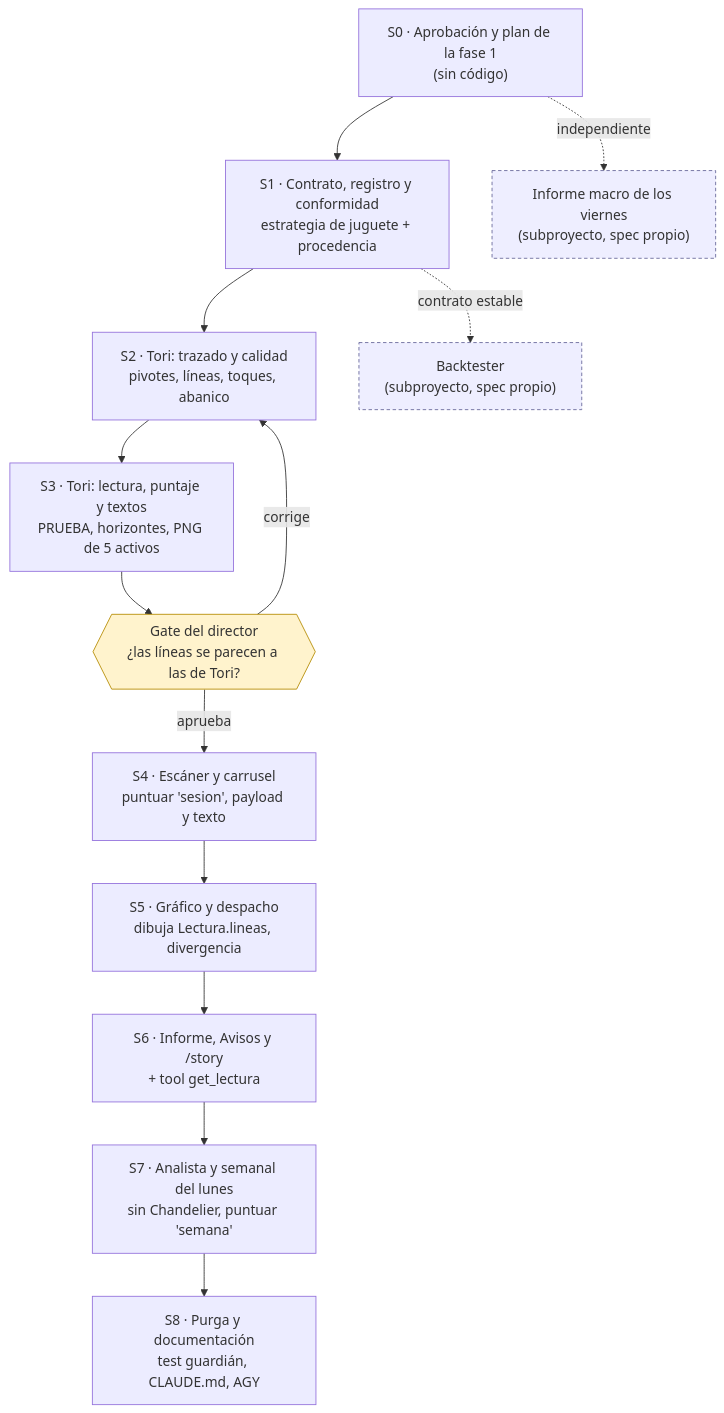
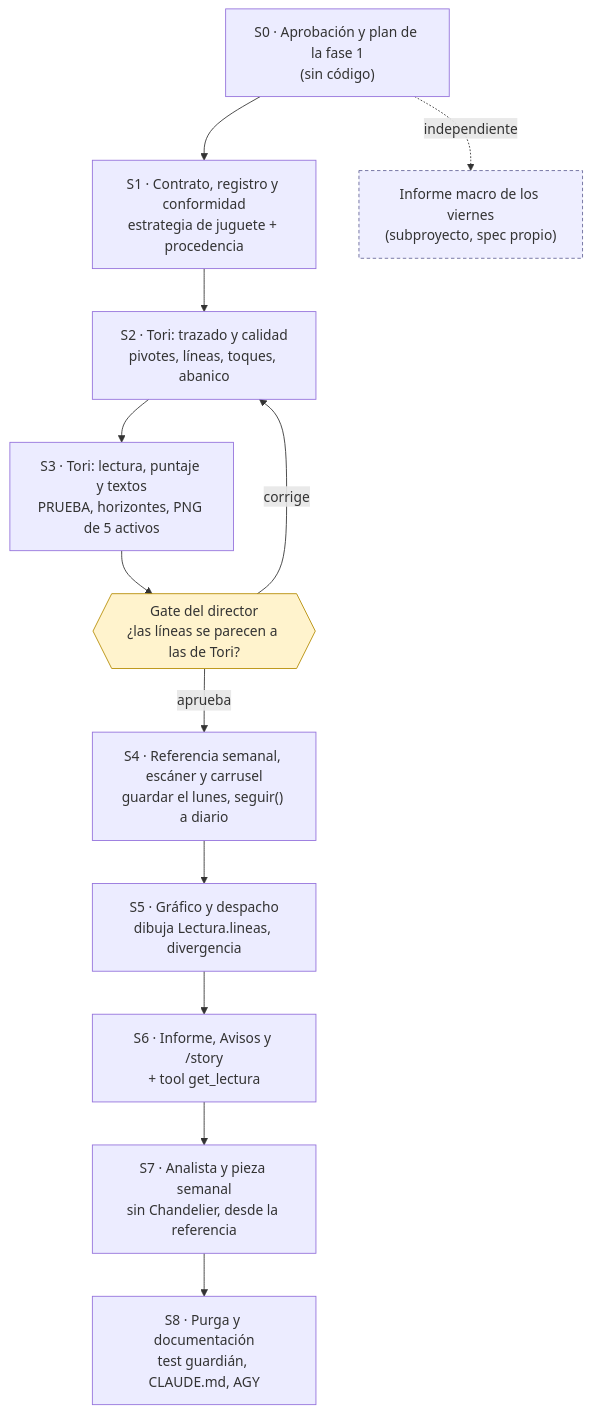
One commit to ramaDben/grupo-analisis-mercado changed the diagram in docs/superpowers/plans/2026-10-09-enchufe-sesiones.md. Above: the diagram before and after it, drawn with Mermaid. The commit also changed other lines of this file and 3 other files, not shown here.

Commit message:
docs(enchufe): plan de la fase 1, referencia semanal, estado REBOTE y sin backtesting

````diff
--- a/docs/superpowers/plans/2026-10-09-enchufe-sesiones.md
+++ b/docs/superpowers/plans/2026-10-09-enchufe-sesiones.md
@@ -11,26 +11,24 @@
 ```mermaid
 flowchart TD
     S0["S0 · Aprobación y plan de la fase 1<br/>(sin código)"]
     S1["S1 · Contrato, registro y conformidad<br/>estrategia de juguete + procedencia"]
     S2["S2 · Tori: trazado y calidad<br/>pivotes, líneas, toques, abanico"]
     S3["S3 · Tori: lectura, puntaje y textos<br/>PRUEBA, horizontes, PNG de 5 activos"]
     G1{{"Gate del director<br/>¿las líneas se parecen a las de Tori?"}}
-    S4["S4 · Escáner y carrusel<br/>puntuar 'sesion', payload y texto"]
+    S4["S4 · Referencia semanal, escáner y carrusel<br/>guardar el lunes, seguir() a diario"]
     S5["S5 · Gráfico y despacho<br/>dibuja Lectura.lineas, divergencia"]
     S6["S6 · Informe, Avisos y /story<br/>+ tool get_lectura"]
-    S7["S7 · Analista y semanal del lunes<br/>sin Chandelier, puntuar 'semana'"]
+    S7["S7 · Analista y pieza semanal<br/>sin Chandelier, desde la referencia"]
     S8["S8 · Purga y documentación<br/>test guardián, CLAUDE.md, AGY"]
-    BT["Backtester<br/>(subproyecto, spec propio)"]
     MAC["Informe macro de los viernes<br/>(subproyecto, spec propio)"]
 
     S0 --> S1 --> S2 --> S3 --> G1
     G1 -- aprueba --> S4 --> S5 --> S6 --> S7 --> S8
     G1 -- corrige --> S2
-    S1 -. contrato estable .-> BT
     S0 -. independiente .-> MAC
 
     classDef gate fill:#fff3cd,stroke:#b58b00
     classDef aparte fill:#eef,stroke:#669,stroke-dasharray: 4 3
     class G1 gate
-    class BT,MAC aparte
+    class MAC aparte
 ```
````
